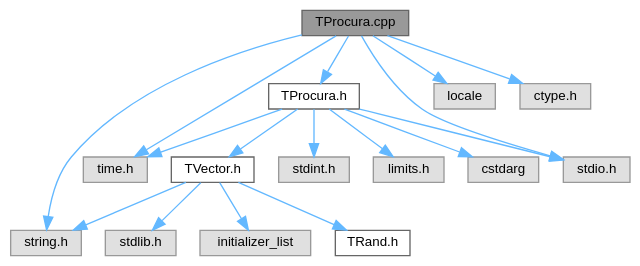
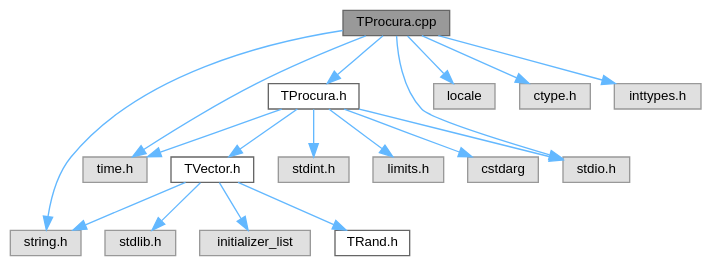
The diagram in TProcura_8cpp__incl.dot (jcoelho72/TProcura), drawn with Graphviz before and after one commit. The commit also changed 245 other files, not shown here.

```diff
--- a/TProcura_8cpp__incl.dot
+++ b/TProcura_8cpp__incl.dot
@@ -1,37 +1,39 @@
 digraph "TProcura.cpp"
 {
  // LATEX_PDF_SIZE
   bgcolor="transparent";
   edge [fontname=Helvetica,fontsize=10,labelfontname=Helvetica,labelfontsize=10];
   node [fontname=Helvetica,fontsize=10,shape=box,height=0.2,width=0.4];
   Node1 [id="Node000001",label="TProcura.cpp",height=0.2,width=0.4,color="gray40", fillcolor="grey60", style="filled", fontcolor="black",tooltip=" "];
-  Node1 -> Node2 [id="edge17_Node000001_Node000002",color="steelblue1",style="solid",tooltip=" "];
+  Node1 -> Node2 [id="edge18_Node000001_Node000002",color="steelblue1",style="solid",tooltip=" "];
   Node2 [id="Node000002",label="TProcura.h",height=0.2,width=0.4,color="grey40", fillcolor="white", style="filled",URL="$TProcura_8h.html",tooltip=" "];
-  Node2 -> Node3 [id="edge18_Node000002_Node000003",color="steelblue1",style="solid",tooltip=" "];
+  Node2 -> Node3 [id="edge19_Node000002_Node000003",color="steelblue1",style="solid",tooltip=" "];
   Node3 [id="Node000003",label="TVector.h",height=0.2,width=0.4,color="grey40", fillcolor="white", style="filled",URL="$TVector_8h.html",tooltip="Vetor dinâmico genérico com operações de pilha, conjuntos e algoritmos úteis."];
-  Node3 -> Node4 [id="edge19_Node000003_Node000004",color="steelblue1",style="solid",tooltip=" "];
+  Node3 -> Node4 [id="edge20_Node000003_Node000004",color="steelblue1",style="solid",tooltip=" "];
   Node4 [id="Node000004",label="stdlib.h",height=0.2,width=0.4,color="grey60", fillcolor="#E0E0E0", style="filled",tooltip=" "];
-  Node3 -> Node5 [id="edge20_Node000003_Node000005",color="steelblue1",style="solid",tooltip=" "];
+  Node3 -> Node5 [id="edge21_Node000003_Node000005",color="steelblue1",style="solid",tooltip=" "];
   Node5 [id="Node000005",label="string.h",height=0.2,width=0.4,color="grey60", fillcolor="#E0E0E0", style="filled",tooltip=" "];
-  Node3 -> Node6 [id="edge21_Node000003_Node000006",color="steelblue1",style="solid",tooltip=" "];
+  Node3 -> Node6 [id="edge22_Node000003_Node000006",color="steelblue1",style="solid",tooltip=" "];
   Node6 [id="Node000006",label="initializer_list",height=0.2,width=0.4,color="grey60", fillcolor="#E0E0E0", style="filled",tooltip=" "];
-  Node3 -> Node7 [id="edge22_Node000003_Node000007",color="steelblue1",style="solid",tooltip=" "];
+  Node3 -> Node7 [id="edge23_Node000003_Node000007",color="steelblue1",style="solid",tooltip=" "];
   Node7 [id="Node000007",label="TRand.h",height=0.2,width=0.4,color="grey40", fillcolor="white", style="filled",URL="$TRand_8h.html",tooltip="Interface para geração de números aleatórios independentes do sistema operativo."];
-  Node2 -> Node8 [id="edge23_Node000002_Node000008",color="steelblue1",style="solid",tooltip=" "];
+  Node2 -> Node8 [id="edge24_Node000002_Node000008",color="steelblue1",style="solid",tooltip=" "];
   Node8 [id="Node000008",label="time.h",height=0.2,width=0.4,color="grey60", fillcolor="#E0E0E0", style="filled",tooltip=" "];
-  Node2 -> Node9 [id="edge24_Node000002_Node000009",color="steelblue1",style="solid",tooltip=" "];
+  Node2 -> Node9 [id="edge25_Node000002_Node000009",color="steelblue1",style="solid",tooltip=" "];
   Node9 [id="Node000009",label="stdint.h",height=0.2,width=0.4,color="grey60", fillcolor="#E0E0E0", style="filled",tooltip=" "];
-  Node2 -> Node10 [id="edge25_Node000002_Node000010",color="steelblue1",style="solid",tooltip=" "];
+  Node2 -> Node10 [id="edge26_Node000002_Node000010",color="steelblue1",style="solid",tooltip=" "];
   Node10 [id="Node000010",label="limits.h",height=0.2,width=0.4,color="grey60", fillcolor="#E0E0E0", style="filled",tooltip=" "];
-  Node2 -> Node11 [id="edge26_Node000002_Node000011",color="steelblue1",style="solid",tooltip=" "];
+  Node2 -> Node11 [id="edge27_Node000002_Node000011",color="steelblue1",style="solid",tooltip=" "];
   Node11 [id="Node000011",label="stdio.h",height=0.2,width=0.4,color="grey60", fillcolor="#E0E0E0", style="filled",tooltip=" "];
-  Node2 -> Node12 [id="edge27_Node000002_Node000012",color="steelblue1",style="solid",tooltip=" "];
+  Node2 -> Node12 [id="edge28_Node000002_Node000012",color="steelblue1",style="solid",tooltip=" "];
   Node12 [id="Node000012",label="cstdarg",height=0.2,width=0.4,color="grey60", fillcolor="#E0E0E0", style="filled",tooltip=" "];
-  Node1 -> Node13 [id="edge28_Node000001_Node000013",color="steelblue1",style="solid",tooltip=" "];
+  Node1 -> Node13 [id="edge29_Node000001_Node000013",color="steelblue1",style="solid",tooltip=" "];
   Node13 [id="Node000013",label="locale",height=0.2,width=0.4,color="grey60", fillcolor="#E0E0E0", style="filled",tooltip=" "];
-  Node1 -> Node11 [id="edge29_Node000001_Node000011",color="steelblue1",style="solid",tooltip=" "];
-  Node1 -> Node8 [id="edge30_Node000001_Node000008",color="steelblue1",style="solid",tooltip=" "];
-  Node1 -> Node5 [id="edge31_Node000001_Node000005",color="steelblue1",style="solid",tooltip=" "];
-  Node1 -> Node14 [id="edge32_Node000001_Node000014",color="steelblue1",style="solid",tooltip=" "];
+  Node1 -> Node11 [id="edge30_Node000001_Node000011",color="steelblue1",style="solid",tooltip=" "];
+  Node1 -> Node8 [id="edge31_Node000001_Node000008",color="steelblue1",style="solid",tooltip=" "];
+  Node1 -> Node5 [id="edge32_Node000001_Node000005",color="steelblue1",style="solid",tooltip=" "];
+  Node1 -> Node14 [id="edge33_Node000001_Node000014",color="steelblue1",style="solid",tooltip=" "];
   Node14 [id="Node000014",label="ctype.h",height=0.2,width=0.4,color="grey60", fillcolor="#E0E0E0", style="filled",tooltip=" "];
+  Node1 -> Node15 [id="edge34_Node000001_Node000015",color="steelblue1",style="solid",tooltip=" "];
+  Node15 [id="Node000015",label="inttypes.h",height=0.2,width=0.4,color="grey60", fillcolor="#E0E0E0", style="filled",tooltip=" "];
 }
```
